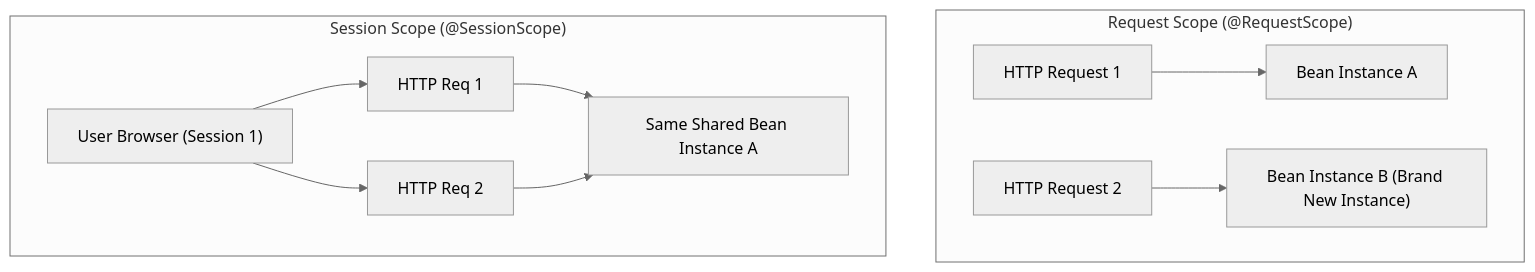
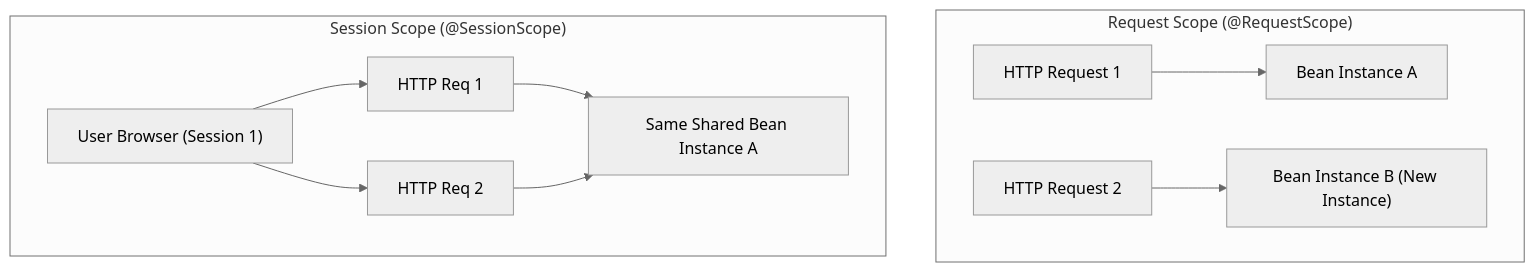
The eighth of 21 diagrams in 06-Java-and-Spring-Boot/Spring Boot Interview Guide.md (rohithgowda18/Notes), drawn with Mermaid (neutral theme) before and after one commit. The commit also changed other lines of this file, not shown here.

````diff
--- a/06-Java-and-Spring-Boot/Spring Boot Interview Guide.md
+++ b/06-Java-and-Spring-Boot/Spring Boot Interview Guide.md
@@ -582,11 +454,11 @@
 ```mermaid
 flowchart TD
     subgraph RequestScope ["Request Scope (@RequestScope)"]
         R1["HTTP Request 1"] --> B1["Bean Instance A"]
-        R2["HTTP Request 2"] --> B2["Bean Instance B (Brand New Instance)"]
+        R2["HTTP Request 2"] --> B2["Bean Instance B (New Instance)"]
     end
 
     subgraph SessionScope ["Session Scope (@SessionScope)"]
         U1["User Browser (Session 1)"] --> S1["HTTP Req 1"] & S2["HTTP Req 2"] --> BS1["Same Shared Bean Instance A"]
     end
 ```
````
